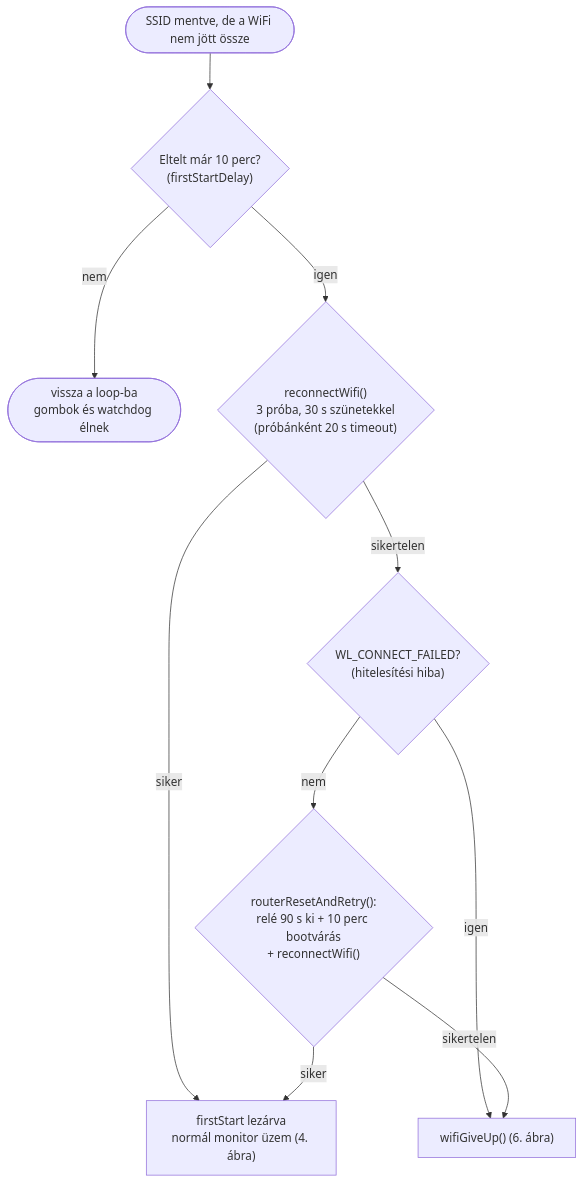
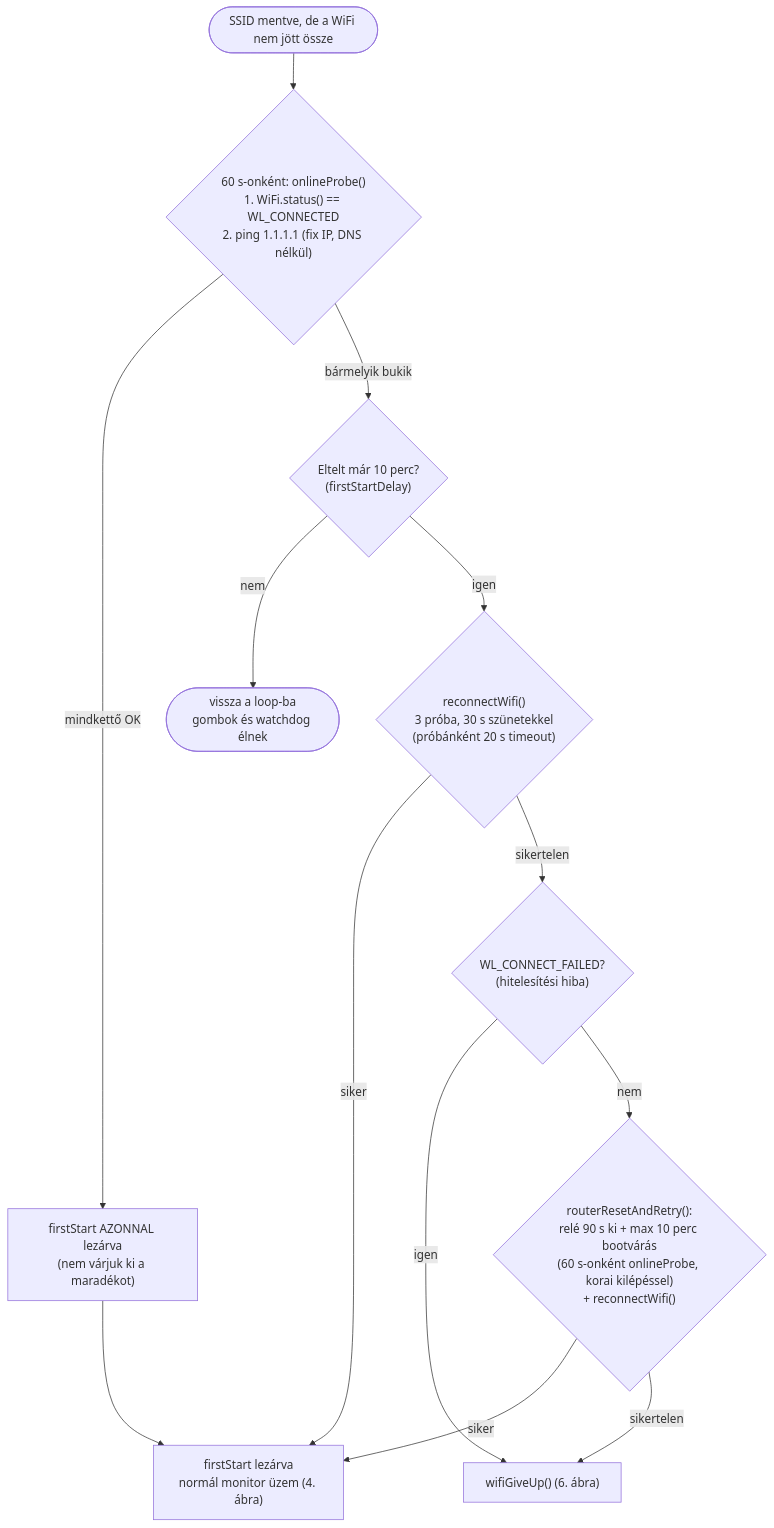
Before and after one commit to manszabi/bazsi-router-reboot: the third of 9 diagrams in FOLYAMATABRA.md, drawn with Mermaid. The commit also changed other lines of this file and 3 other files, not shown here.

First line of the commit message:
Korai kilepes a hosszu varakozasokbol + AP/reset LED-jelzes

````diff
--- a/FOLYAMATABRA.md
+++ b/FOLYAMATABRA.md
@@ -83,12 +85,15 @@
 ```mermaid
 flowchart TD
-    IN([SSID mentve, de a WiFi nem jött össze]) --> WAIT{"Eltelt már 10 perc?<br>(firstStartDelay)"}
+    IN([SSID mentve, de a WiFi nem jött össze]) --> PRB{"60 s-onként: onlineProbe()<br>1. WiFi.status() == WL_CONNECTED<br>2. ping 1.1.1.1 (fix IP, DNS nélkül)"}
+    PRB -->|"mindkettő OK"| EARLY["firstStart AZONNAL lezárva<br>(nem várjuk ki a maradékot)"]
+    EARLY --> DONE
+    PRB -->|"bármelyik bukik"| WAIT{"Eltelt már 10 perc?<br>(firstStartDelay)"}
     WAIT -->|nem| BACK([vissza a loop-ba<br>gombok és watchdog élnek])
     WAIT -->|igen| REC{"reconnectWifi()<br>3 próba, 30 s szünetekkel<br>(próbánként 20 s timeout)"}
     REC -->|siker| DONE["firstStart lezárva<br>normál monitor üzem (4. ábra)"]
     REC -->|sikertelen| AUTH{"WL_CONNECT_FAILED?<br>(hitelesítési hiba)"}
     AUTH -->|igen| GU["wifiGiveUp() (6. ábra)"]
-    AUTH -->|nem| RST{"routerResetAndRetry():<br>relé 90 s ki + 10 perc bootvárás<br>+ reconnectWifi()"}
+    AUTH -->|nem| RST{"routerResetAndRetry():<br>relé 90 s ki + max 10 perc bootvárás<br>(60 s-onként onlineProbe, korai kilépéssel)<br>+ reconnectWifi()"}
     RST -->|siker| DONE
     RST -->|sikertelen| GU
 ```
````
